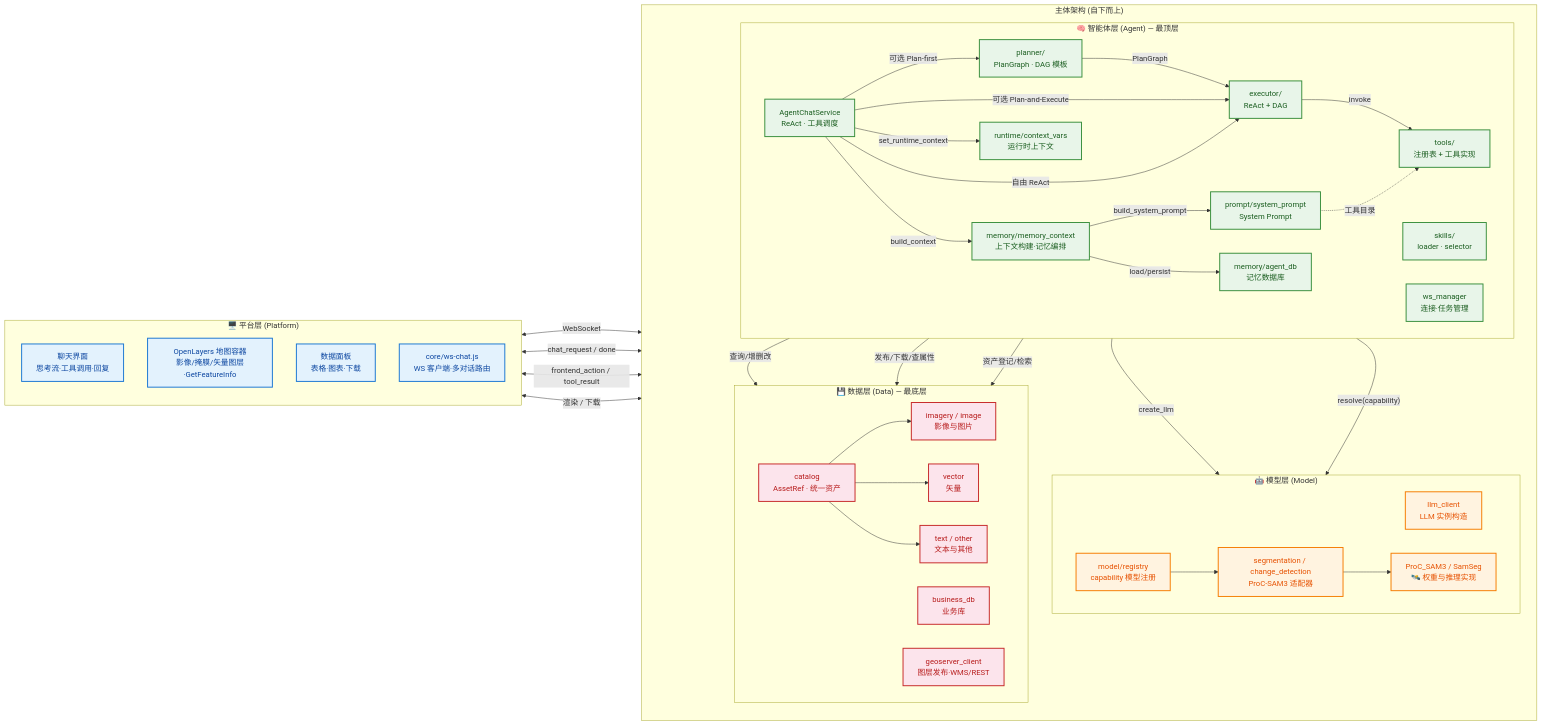
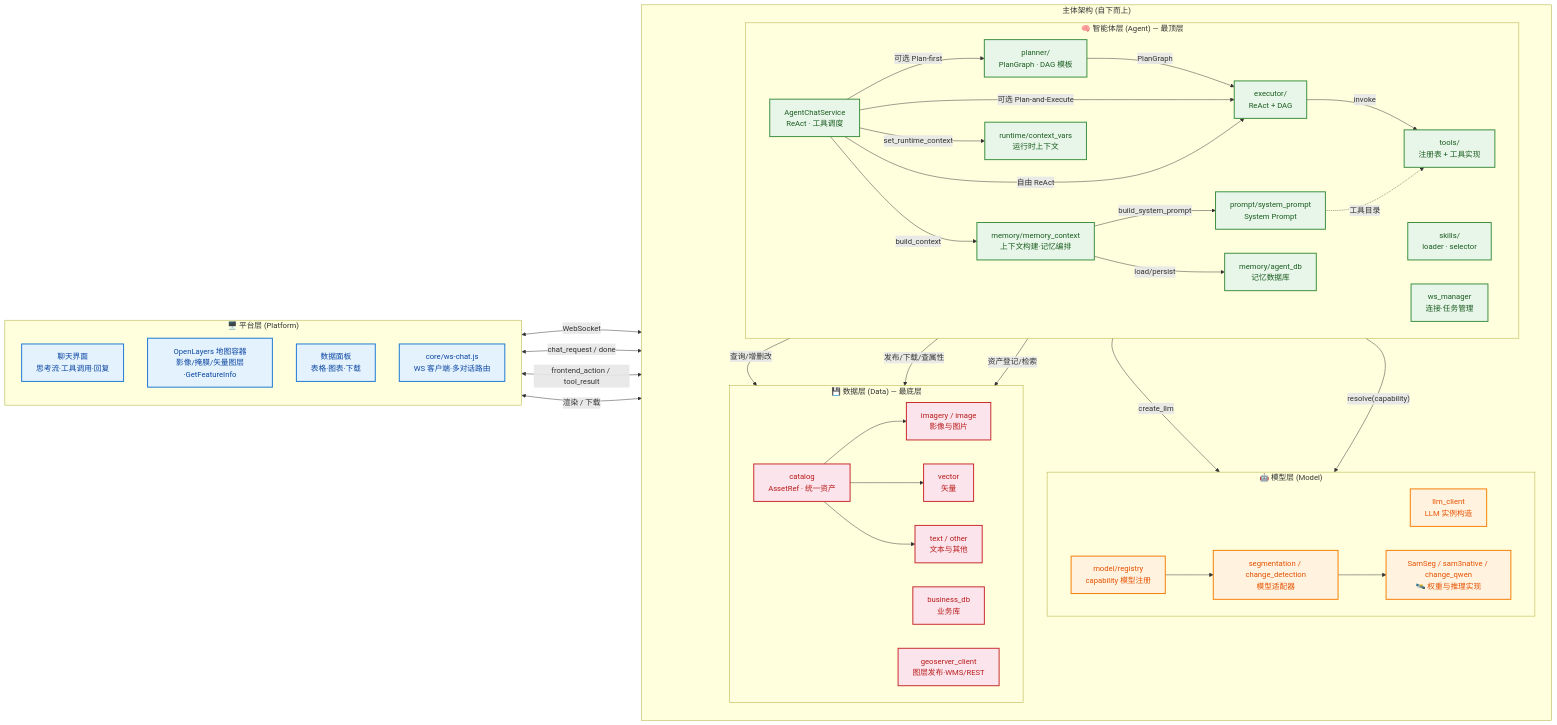
The diagram in docs/architecture.md (qianxiR/Agent-RSCD), drawn with Mermaid before and after one commit. The commit also changed other lines of this file and 897 other files, not shown here.

```diff
--- a/docs/architecture.md
+++ b/docs/architecture.md
@@ -178,8 +183,8 @@
             direction LR
             LLM_CLIENT["llm_client<br/>LLM 实例构造"]
             MODELREG["model/registry<br/>capability 模型注册"]
-            ADAPTERS["segmentation / change_detection<br/>ProC-SAM3 适配器"]
-            SAMSEG["ProC_SAM3 / SamSeg<br/>🛰️ 权重与推理实现"]
+            ADAPTERS["segmentation / change_detection<br/>模型适配器"]
+            SAMSEG["SamSeg / sam3native / change_qwen<br/>🛰️ 权重与推理实现"]
         end
 
         subgraph DATA["💾 数据层 (Data) — 最底层"]
```
